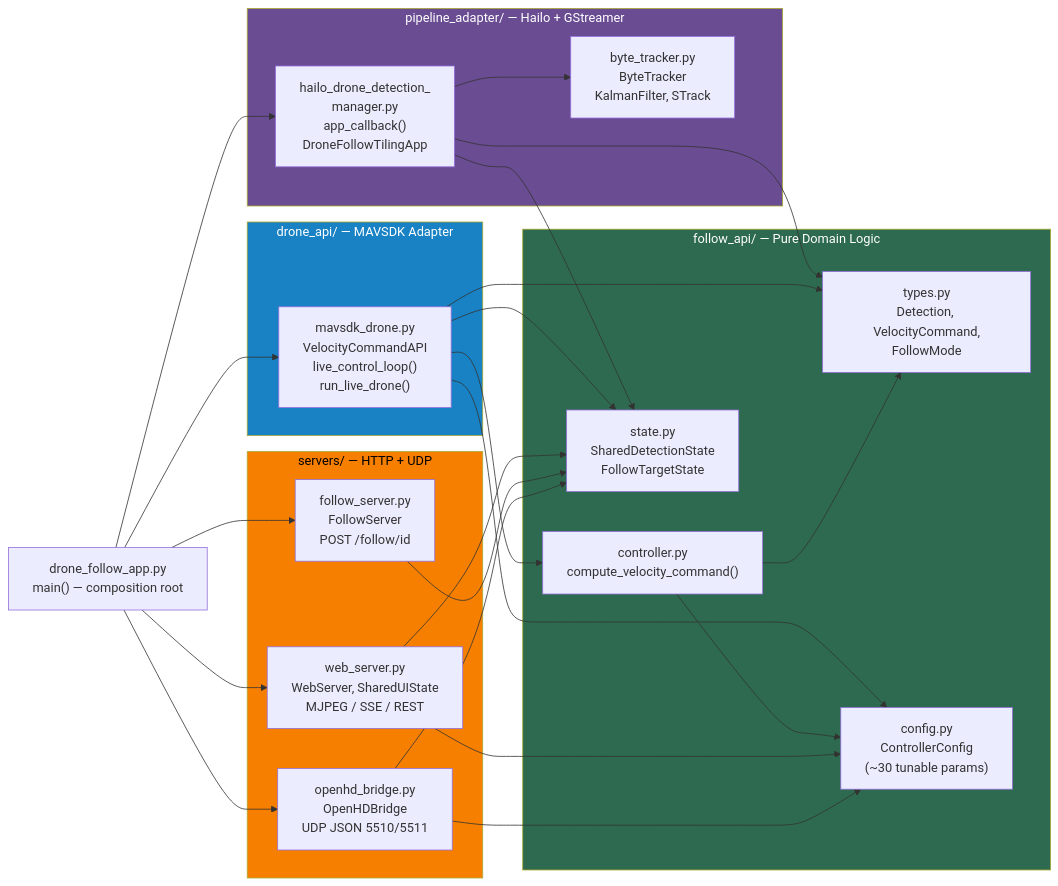
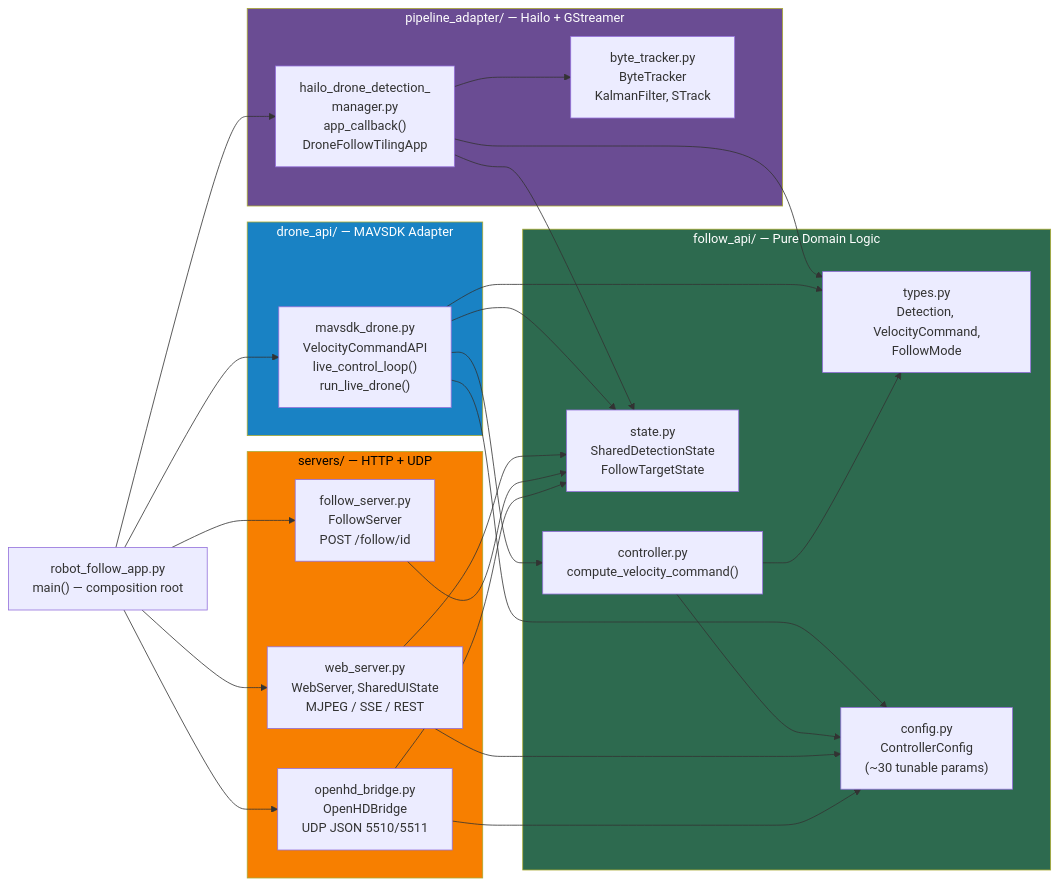
One commit to guyzigdons-apps/hailo-drone-follow changed the second of 11 diagrams in docs/design-review.md. Above: the diagram before and after it, drawn with Mermaid. The commit also changed other lines of this file and 76 other files, not shown here.

First line of the commit message:
refactor(01-02): rename drone_follow -> robot_follow (v1.1 milestone shaper)

````diff
--- a/docs/design-review.md
+++ b/docs/design-review.md
@@ -61,52 +61,52 @@
 ```mermaid
 graph LR
     subgraph follow_api["follow_api/ — Pure Domain Logic"]
         TYPES["types.py<br/>Detection, VelocityCommand,<br/>FollowMode"]
         CONFIG["config.py<br/>ControllerConfig<br/>(~30 tunable params)"]
         CTRL["controller.py<br/>compute_velocity_command()"]
         STATE["state.py<br/>SharedDetectionState<br/>FollowTargetState"]
     end
 
     subgraph pipeline_adapter["pipeline_adapter/ — Hailo + GStreamer"]
         DET_MGR["hailo_drone_detection_<br/>manager.py<br/>app_callback()<br/>DroneFollowTilingApp"]
         BT["byte_tracker.py<br/>ByteTracker<br/>KalmanFilter, STrack"]
     end
 
     subgraph drone_api["drone_api/ — MAVSDK Adapter"]
         MAVSDK_DRV["mavsdk_drone.py<br/>VelocityCommandAPI<br/>live_control_loop()<br/>run_live_drone()"]
     end
 
     subgraph servers["servers/ — HTTP + UDP"]
         WEB_SRV["web_server.py<br/>WebServer, SharedUIState<br/>MJPEG / SSE / REST"]
         FOLLOW_SRV["follow_server.py<br/>FollowServer<br/>POST /follow/id"]
         OHD_BRIDGE["openhd_bridge.py<br/>OpenHDBridge<br/>UDP JSON 5510/5511"]
     end
 
-    ENTRY["drone_follow_app.py<br/>main() — composition root"]
+    ENTRY["robot_follow_app.py<br/>main() — composition root"]
 
     ENTRY --> DET_MGR
     ENTRY --> MAVSDK_DRV
     ENTRY --> WEB_SRV
     ENTRY --> FOLLOW_SRV
     ENTRY --> OHD_BRIDGE
 
     DET_MGR --> BT
     DET_MGR --> STATE
     DET_MGR --> TYPES
     MAVSDK_DRV --> CTRL
     MAVSDK_DRV --> STATE
     MAVSDK_DRV --> TYPES
     MAVSDK_DRV --> CONFIG
     CTRL --> TYPES
     CTRL --> CONFIG
     WEB_SRV --> STATE
     WEB_SRV --> CONFIG
     FOLLOW_SRV --> STATE
     OHD_BRIDGE --> CONFIG
     OHD_BRIDGE --> STATE
 
     style follow_api fill:#2d6a4f,color:#fff
     style pipeline_adapter fill:#6a4c93,color:#fff
     style drone_api fill:#1982c4,color:#fff
     style servers fill:#f77f00,color:#000
 ```
````
